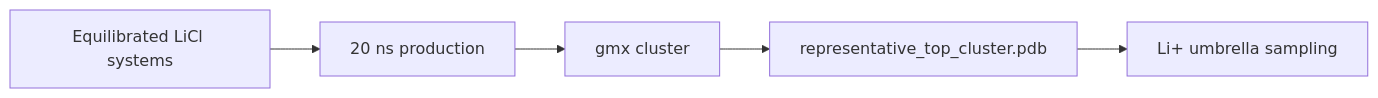
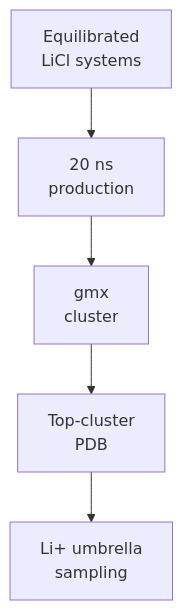
Before and after one commit to jackyissocute/LiSPER: the diagram in 01_computational_discovery/md/li_cl/README.md, drawn with Mermaid. The commit also changed 64 other files, not shown here.

````diff
--- a/01_computational_discovery/md/li_cl/README.md
+++ b/01_computational_discovery/md/li_cl/README.md
@@ -36,7 +36,16 @@
 ```mermaid
-flowchart LR
-    A["Equilibrated LiCl systems"] --> B["20 ns production"]
-    B --> C["gmx cluster"]
-    C --> D["representative_top_cluster.pdb"]
-    D --> E["Li+ umbrella sampling"]
+flowchart TD
+    accTitle: LiCl MD Path
+    accDescr: Equilibrated LiCl systems proceed through production MD, clustering, representative-structure selection, and Li umbrella sampling.
+
+    equilibrated["Equilibrated<br/>LiCl systems"]
+    production["20 ns<br/>production"]
+    clustering["gmx<br/>cluster"]
+    representative["Top-cluster<br/>PDB"]
+    umbrella["Li+ umbrella<br/>sampling"]
+
+    equilibrated --> production
+    production --> clustering
+    clustering --> representative
+    representative --> umbrella
 ```
````
